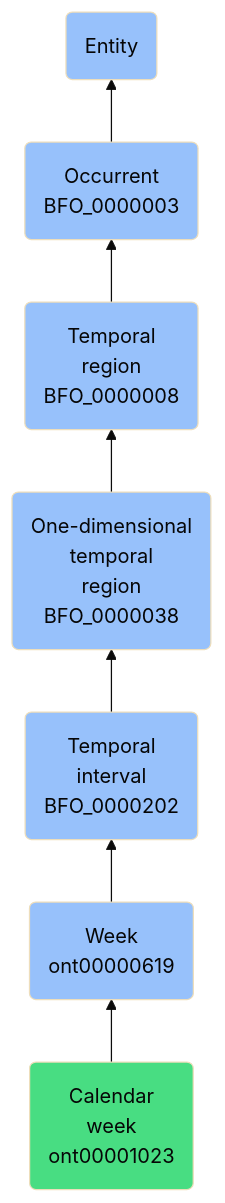
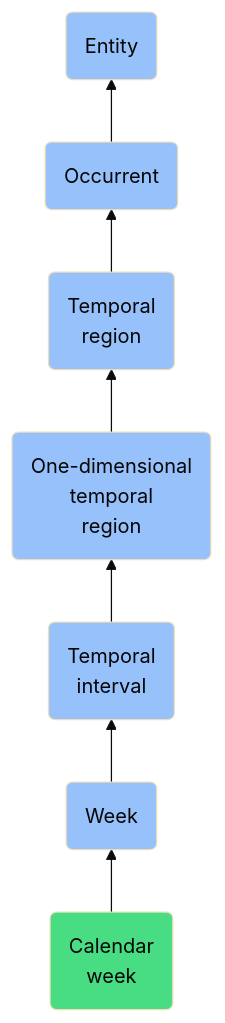
One commit to jupyter-naas/abi changed the diagram in docs/ontology/reference/model/Entity/Occurrent/Temporal region/One-dimensional temporal region/Temporal interval/Week/Calendar week/Calendar week.md. Above: the diagram before and after it, drawn with Mermaid (base theme). The commit also changed other lines of this file and 1430 other files, not shown here.

````diff
--- a/docs/ontology/reference/model/Entity/Occurrent/Temporal region/One-dimensional temporal region/Temporal interval/Week/Calendar week/Calendar week.md
+++ b/docs/ontology/reference/model/Entity/Occurrent/Temporal region/One-dimensional temporal region/Temporal interval/Week/Calendar week/Calendar week.md
@@ -24,14 +24,14 @@
 ```mermaid
 graph BT
-    ont00001023(Calendar<br>week<br>ont00001023):::ABI-->ont00000619
-    ont00000619(Week<br>ont00000619):::BFO-->BFO_0000202
-    BFO_0000202(Temporal<br>interval<br>BFO_0000202):::BFO-->BFO_0000038
-    BFO_0000038(One-dimensional<br>temporal<br>region<br>BFO_0000038):::BFO-->BFO_0000008
-    BFO_0000008(Temporal<br>region<br>BFO_0000008):::BFO-->BFO_0000003
-    BFO_0000003(Occurrent<br>BFO_0000003):::BFO-->BFO_0000001
+    ont00001023(Calendar<br>week):::ABI-->ont00000619
+    ont00000619(Week):::BFO-->BFO_0000202
+    BFO_0000202(Temporal<br>interval):::BFO-->BFO_0000038
+    BFO_0000038(One-dimensional<br>temporal<br>region):::BFO-->BFO_0000008
+    BFO_0000008(Temporal<br>region):::BFO-->BFO_0000003
+    BFO_0000003(Occurrent):::BFO-->BFO_0000001
     BFO_0000001(Entity):::BFO
     
     classDef BFO fill:#97c1fb,color:#060606
     classDef CCO fill:#e4c51e,color:#060606
     classDef ABI fill:#48DD82,color:#060606
 ```
````
